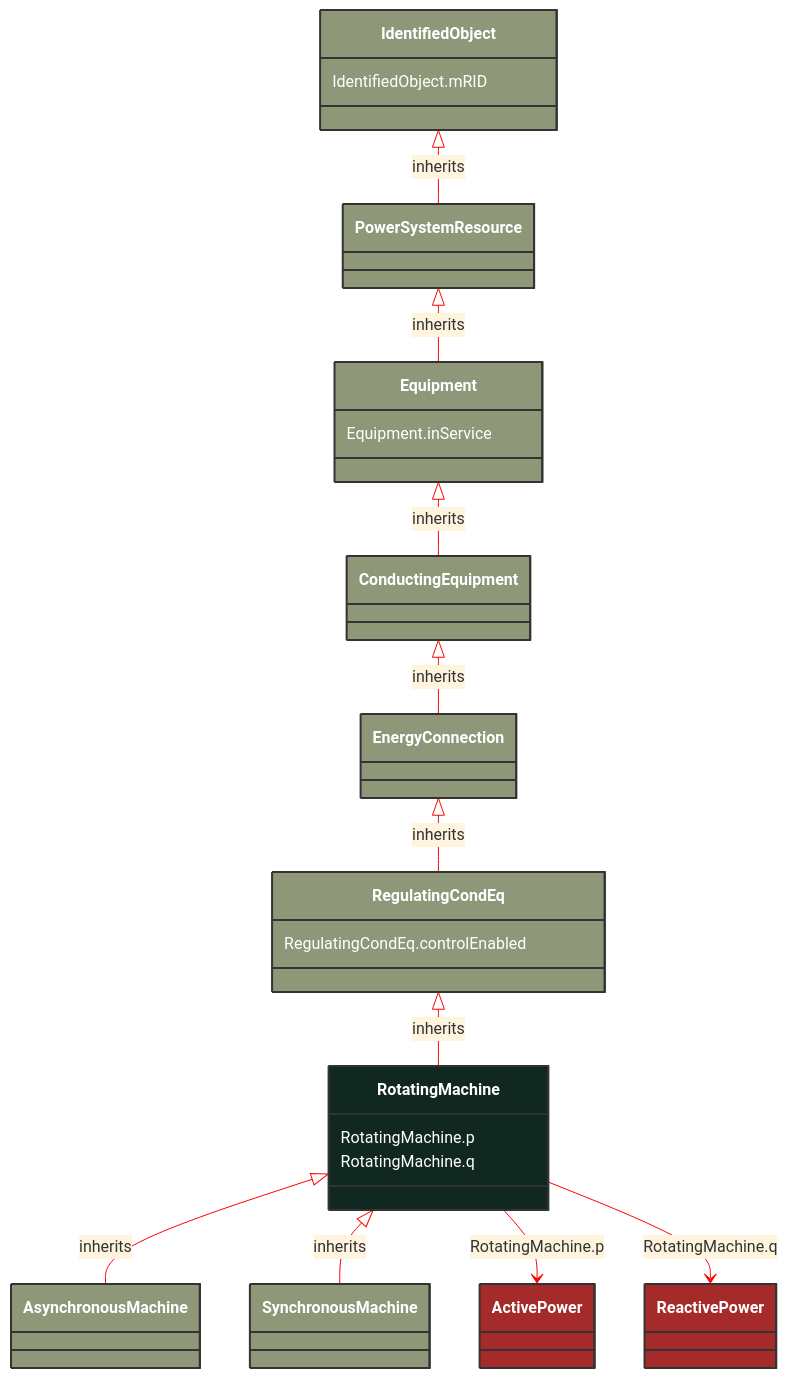
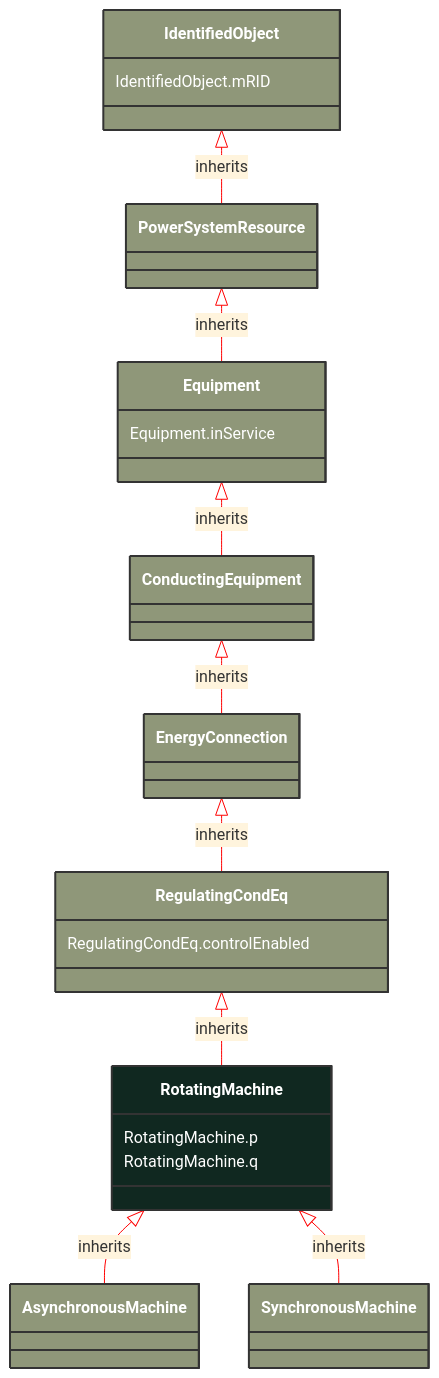
One commit to 3lbits/NoCIMExtensions changed the diagram in docs/Models/Profiles/SteadyStateHypothesis/ConcreteClasses/RotatingMachine.md. Above: the diagram before and after it, drawn with Mermaid. The commit also changed 397 other files, not shown here.

First line of the commit message:
Refactor CIM schemas to introduce abstract classes and consolidate data types

````diff
--- a/docs/Models/Profiles/SteadyStateHypothesis/ConcreteClasses/RotatingMachine.md
+++ b/docs/Models/Profiles/SteadyStateHypothesis/ConcreteClasses/RotatingMachine.md
@@ -8,61 +8,51 @@
 ```mermaid
 %%{init: {'theme':'base','themeVariables': {'lineColor': '#FF0000'}}}%%
 classDiagram
     class RotatingMachine
     click RotatingMachine href "/Models/Profiles/SteadyStateHypothesis/ConcreteClasses/RotatingMachine/"
     style RotatingMachine fill:#102820,stroke:#333,stroke-width:2px,rx:10,ry:10,color:white
 
         RotatingMachine <|-- AsynchronousMachine : inherits
 
         AsynchronousMachine
             click AsynchronousMachine href "/Models/Profiles/SteadyStateHypothesis/ConcreteClasses/AsynchronousMachine/"
             style AsynchronousMachine fill:#8F9779,stroke:#333,stroke-width:2px,rx:10,ry:10,color:white
 
         RotatingMachine <|-- SynchronousMachine : inherits
 
         SynchronousMachine
             click SynchronousMachine href "/Models/Profiles/SteadyStateHypothesis/ConcreteClasses/SynchronousMachine/"
             style SynchronousMachine fill:#8F9779,stroke:#333,stroke-width:2px,rx:10,ry:10,color:white
      
         RegulatingCondEq <|-- RotatingMachine : inherits
             click RegulatingCondEq href "/Models/Profiles/SteadyStateHypothesis/ConcreteClasses/RegulatingCondEq/"
             style RegulatingCondEq fill:#8F9779,stroke:#333,stroke-width:2px,rx:10,ry:10,color:white
      
         EnergyConnection <|-- RegulatingCondEq : inherits
             click EnergyConnection href "/Models/Profiles/SteadyStateHypothesis/ConcreteClasses/EnergyConnection/"
             style EnergyConnection fill:#8F9779,stroke:#333,stroke-width:2px,rx:10,ry:10,color:white
      
         ConductingEquipment <|-- EnergyConnection : inherits
             click ConductingEquipment href "/Models/Profiles/SteadyStateHypothesis/ConcreteClasses/ConductingEquipment/"
             style ConductingEquipment fill:#8F9779,stroke:#333,stroke-width:2px,rx:10,ry:10,color:white
      
         Equipment <|-- ConductingEquipment : inherits
             click Equipment href "/Models/Profiles/SteadyStateHypothesis/ConcreteClasses/Equipment/"
             style Equipment fill:#8F9779,stroke:#333,stroke-width:2px,rx:10,ry:10,color:white
      
         PowerSystemResource <|-- Equipment : inherits
             click PowerSystemResource href "/Models/Profiles/SteadyStateHypothesis/ConcreteClasses/PowerSystemResource/"
             style PowerSystemResource fill:#8F9779,stroke:#333,stroke-width:2px,rx:10,ry:10,color:white
      
         IdentifiedObject <|-- PowerSystemResource : inherits
             click IdentifiedObject href "/Models/Profiles/SteadyStateHypothesis/ConcreteClasses/IdentifiedObject/"
             style IdentifiedObject fill:#8F9779,stroke:#333,stroke-width:2px,rx:10,ry:10,color:white
 
-        RotatingMachine --> ActivePower : RotatingMachine.p
-
-        ActivePower
-            click ActivePower href "/Models/Profiles/SteadyStateHypothesis/ConcreteClasses/ActivePower/"
-            style ActivePower fill:#A52A2A,stroke:#333,stroke-width:2px,rx:10,ry:10,color:white
-        RotatingMachine --> ReactivePower : RotatingMachine.q
-
-        ReactivePower
-            click ReactivePower href "/Models/Profiles/SteadyStateHypothesis/ConcreteClasses/ReactivePower/"
-            style ReactivePower fill:#A52A2A,stroke:#333,stroke-width:2px,rx:10,ry:10,color:white
 
 
         RotatingMachine : RotatingMachine.p
         RotatingMachine : RotatingMachine.q
         RegulatingCondEq : RegulatingCondEq.controlEnabled
         Equipment : Equipment.inService
         IdentifiedObject : IdentifiedObject.mRID
 ```
````
